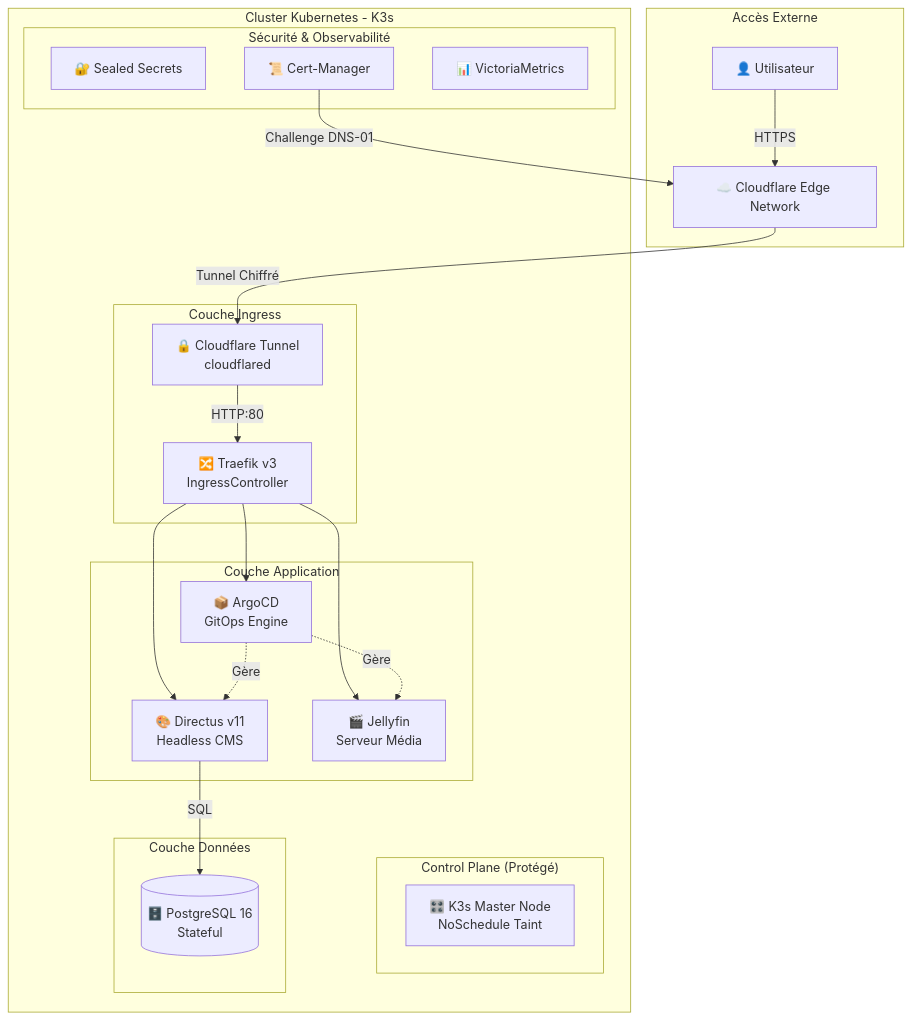
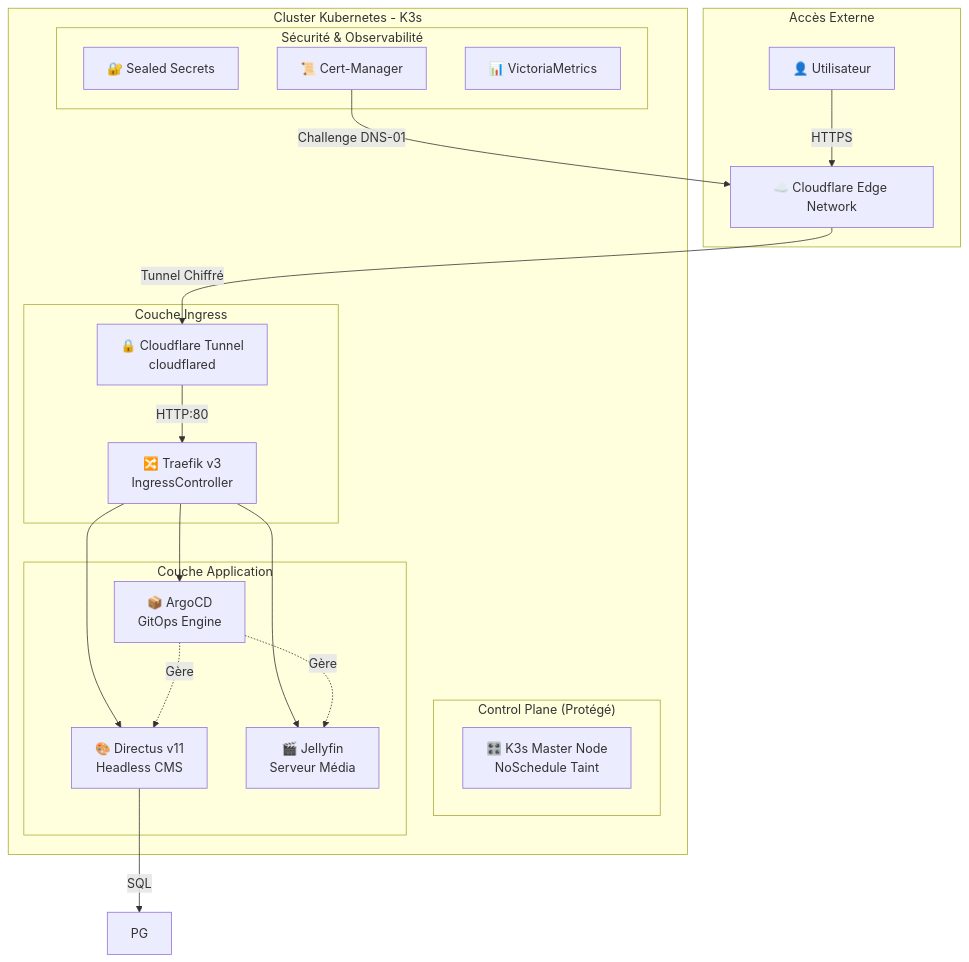
One commit to clementtrecourt/homelab-stack changed the first of 2 diagrams in README.md. Above: the diagram before and after it, drawn with Mermaid.

````diff
--- a/README.md
+++ b/README.md
@@ -46,45 +46,42 @@
 ```mermaid
 graph TB
     subgraph "Accès Externe"
         User[👤 Utilisateur]
         CF[☁️ Cloudflare Edge Network]
     end
     
     subgraph "Cluster Kubernetes - K3s"
         subgraph "Control Plane (Protégé)"
             Master[🎛️ K3s Master Node<br/>NoSchedule Taint]
         end
         
         subgraph "Couche Ingress"
             CFT[🔒 Cloudflare Tunnel<br/>cloudflared]
             Traefik[🔀 Traefik v3<br/>IngressController]
         end
         
         subgraph "Couche Application"
             ArgoCD[📦 ArgoCD<br/>GitOps Engine]
             Directus[🎨 Directus v11<br/>Headless CMS]
             Jellyfin[🎬 Jellyfin<br/>Serveur Média]
         end
-        
-        subgraph "Couche Données"
-            PG[(🗄️ PostgreSQL 16<br/>Stateful)]
-        end
+      
         
         subgraph "Sécurité & Observabilité"
             SealedSecrets[🔐 Sealed Secrets]
             CertManager[📜 Cert-Manager]
             Victoria[📊 VictoriaMetrics]
         end
     end
     
     User -->|HTTPS| CF
     CF -->|Tunnel Chiffré| CFT
     CFT -->|HTTP:80| Traefik
     Traefik --> ArgoCD
     Traefik --> Directus
     Traefik --> Jellyfin
     Directus -->|SQL| PG
     CertManager -->|Challenge DNS-01| CF
     ArgoCD -.->|Gère| Directus
     ArgoCD -.->|Gère| Jellyfin
 ```
````
